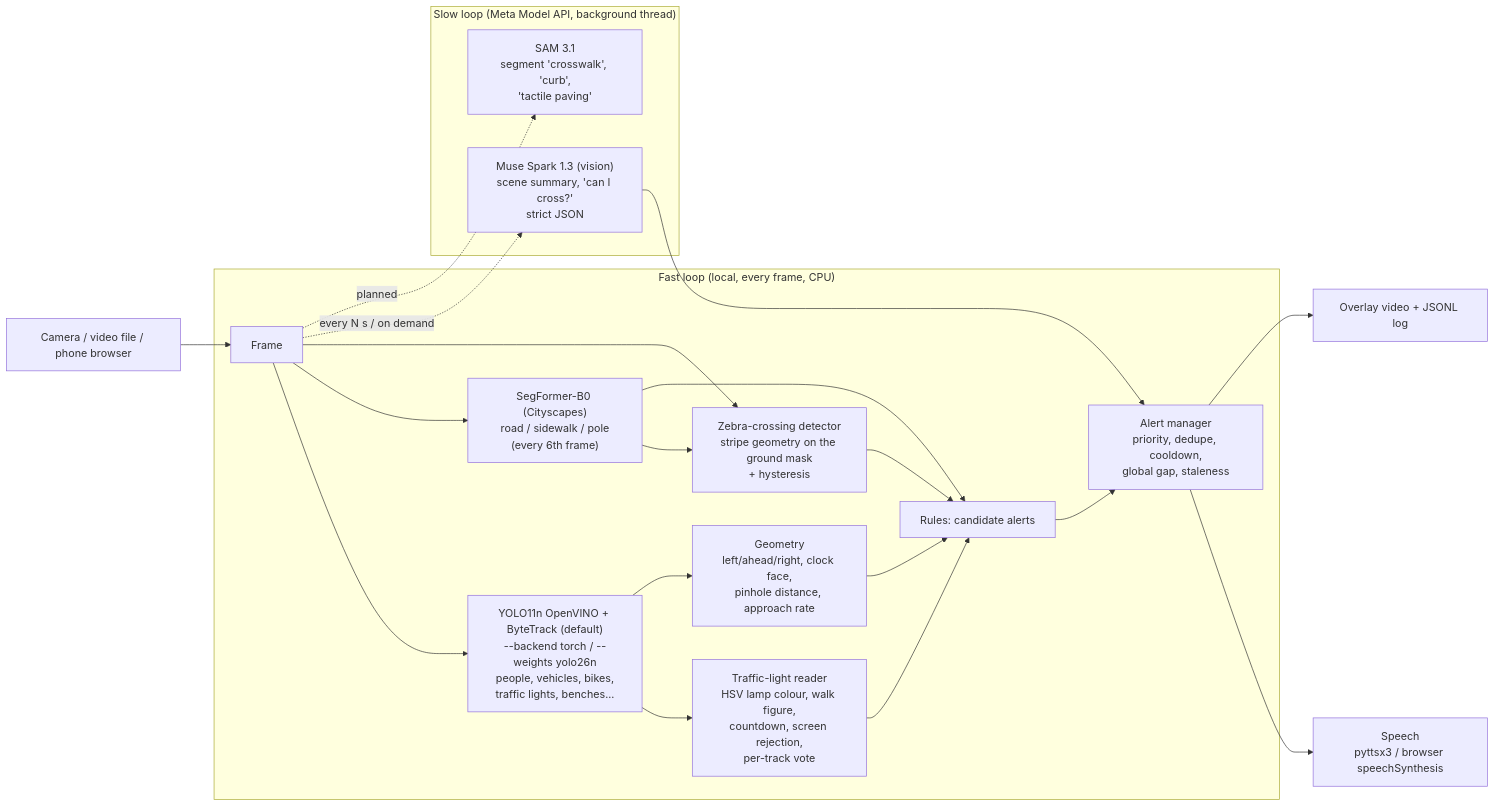
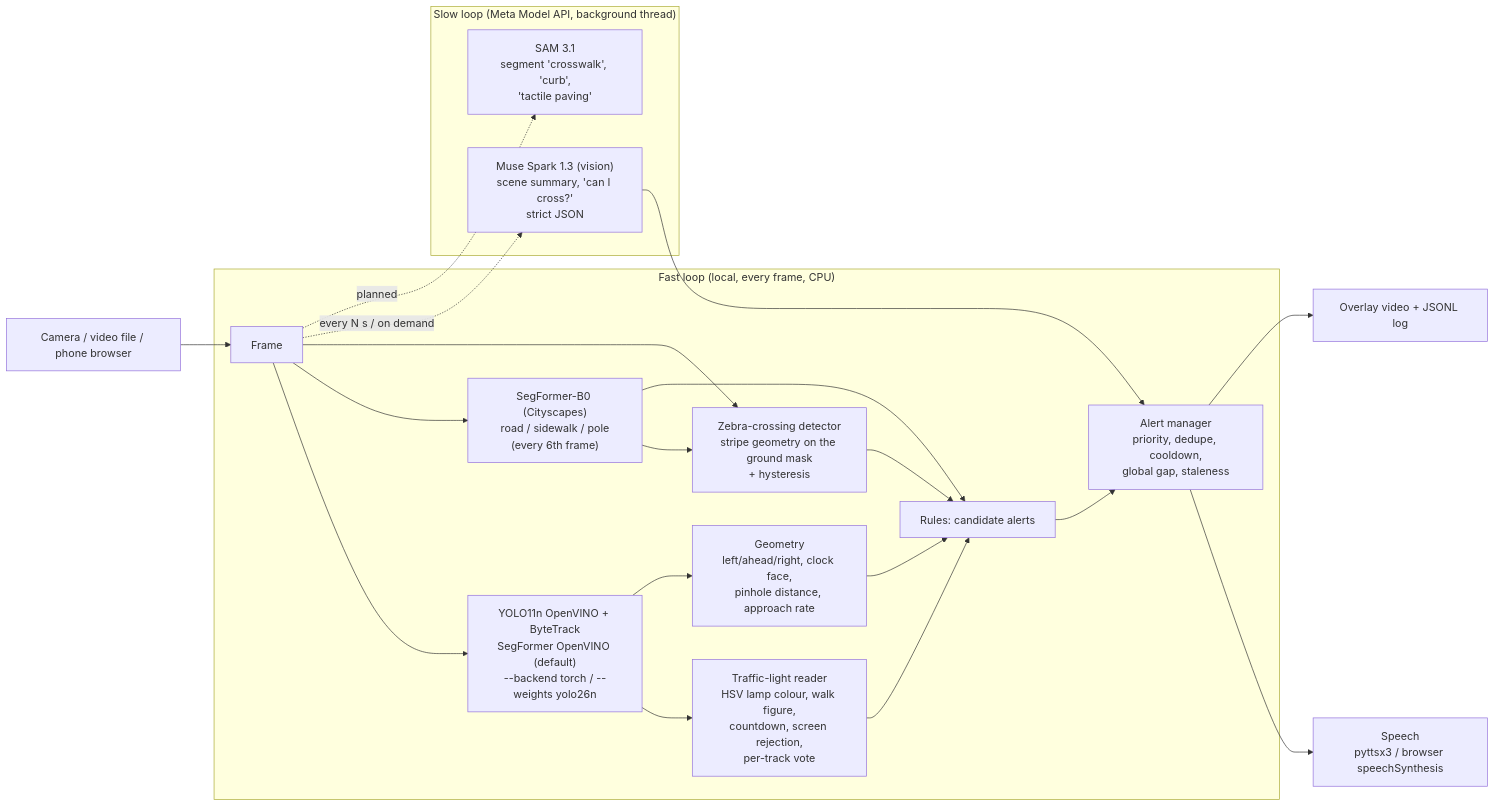
Before and after one commit to Alexeiguch/streetsense: the diagram in README.md, drawn with Mermaid. The commit also changed other lines of this file and 11 other files, not shown here.

First line of the commit message:
Make OpenVINO the default SegFormer surface backend

````diff
--- a/README.md
+++ b/README.md
@@ -14,24 +14,24 @@
 ```mermaid
 flowchart LR
     CAM[Camera / video file / phone browser] --> F[Frame]
     subgraph FAST["Fast loop (local, every frame, CPU)"]
-        F --> YOLO["YOLO11n OpenVINO + ByteTrack (default)<br/>--backend torch / --weights yolo26n<br/>people, vehicles, bikes,<br/>traffic lights, benches..."]
+        F --> YOLO["YOLO11n OpenVINO + ByteTrack<br/>SegFormer OpenVINO (default)<br/>--backend torch / --weights yolo26n"]
         F --> SEG["SegFormer-B0 (Cityscapes)<br/>road / sidewalk / pole<br/>(every 6th frame)"]
         YOLO --> TL["Traffic-light reader<br/>HSV lamp colour, walk figure,<br/>countdown, screen rejection,<br/>per-track vote"]
         SEG --> CW["Zebra-crossing detector<br/>stripe geometry on the ground mask<br/>+ hysteresis"]
         F --> CW
         YOLO --> GEO["Geometry<br/>left/ahead/right, clock face,<br/>pinhole distance, approach rate"]
         TL --> RULES[Rules: candidate alerts]
         CW --> RULES
         GEO --> RULES
         SEG --> RULES
         RULES --> AM["Alert manager<br/>priority, dedupe, cooldown,<br/>global gap, staleness"]
     end
     subgraph SLOW["Slow loop (Meta Model API, background thread)"]
         F -. every N s / on demand .-> MS["Muse Spark 1.3 (vision)<br/>scene summary, 'can I cross?'<br/>strict JSON"]
         F -. planned .-> SAM["SAM 3.1<br/>segment 'crosswalk', 'curb',<br/>'tactile paving'"]
     end
     AM --> TTS["Speech<br/>pyttsx3 / browser speechSynthesis"]
     MS --> AM
     AM --> OV[Overlay video + JSONL log]
 ```
````
